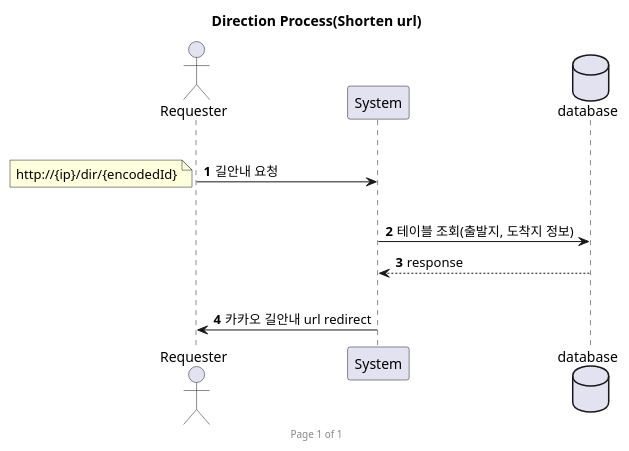
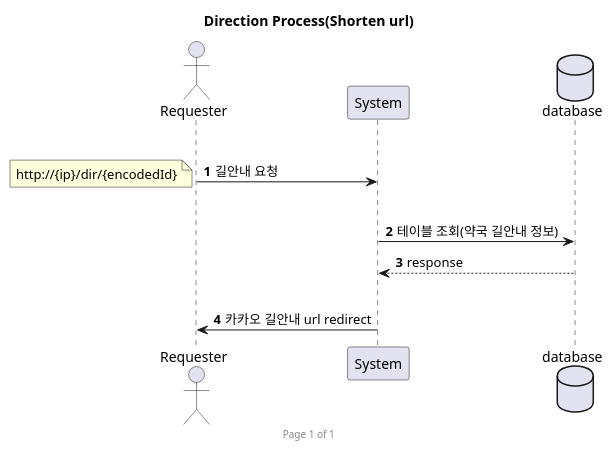
Before and after one commit to WonYong-Jang/Pharmacy-Recommendation: the diagram in src/main/resources/static/plantUML/Direction.puml, drawn with PlantUML. The commit also changed 7 other files, not shown here.

```diff
--- a/src/main/resources/static/plantUML/Direction.puml
+++ b/src/main/resources/static/plantUML/Direction.puml
@@ -1,29 +1,29 @@
 @startuml
 'https://plantuml.com/sequence-diagram
 
 autonumber
 
 actor Requester
 
 participant System
 database database
 
 title Direction Process(Shorten url)
 
 |||
 
 skinparam responseMessageBelowArrow true
 
 Requester -> System: 길안내 요청
 |||
 note left: http://{ip}/dir/{encodedId}
 
-System -> database: 테이블 조회(출발지, 도착지 정보)
+System -> database: 테이블 조회(약국 길안내 정보)
 database --> System: response
 |||
 
 System -> Requester: 카카오 길안내 url redirect
 
 footer Page %page% of %lastpage%
 
 @enduml
```
